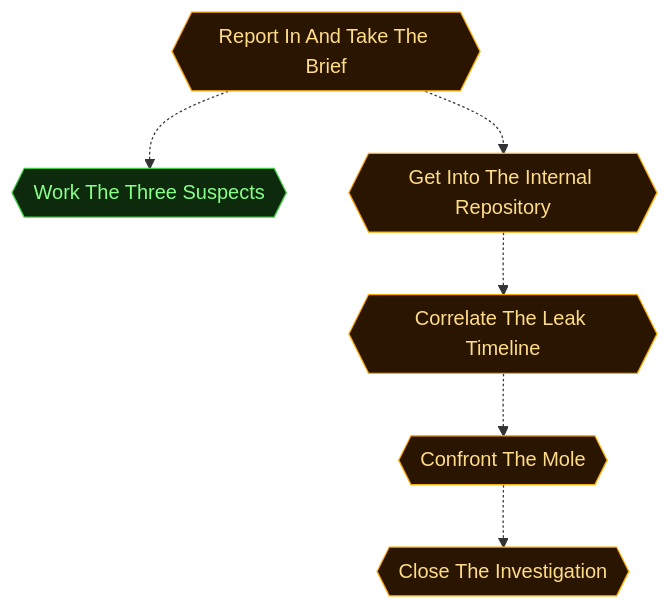
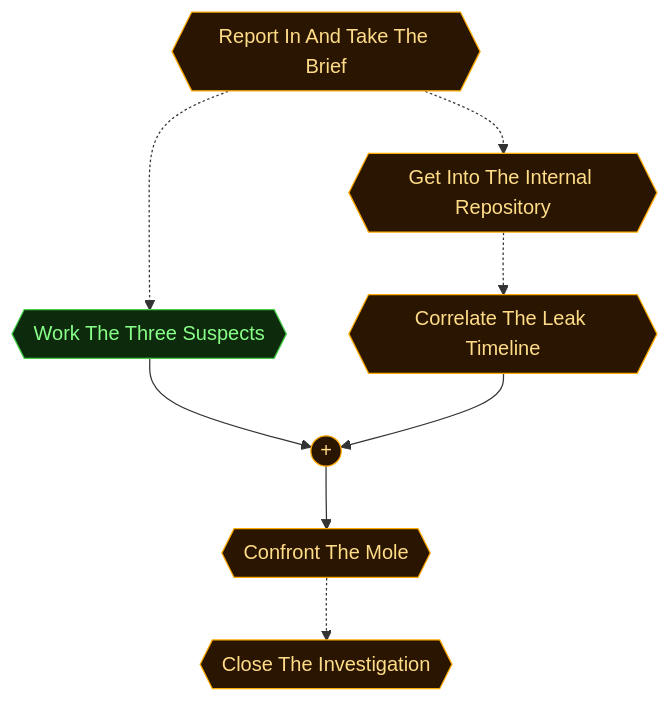
The second of 5 diagrams in scenarios/m08_the_mole/dungeon_graph.md (cliffe/BreakEscape), drawn with Mermaid before and after one commit. The commit also changed other lines of this file and 32 other files, not shown here.

````diff
--- a/scenarios/m08_the_mole/dungeon_graph.md
+++ b/scenarios/m08_the_mole/dungeon_graph.md
@@ -203,34 +203,37 @@
 ```mermaid
 flowchart TD
 
   classDef room      fill:#0f2d2d,stroke:#22ddcc,color:#a0ffee
   classDef lock      fill:#2d0f0f,stroke:#e66060,color:#ffa0a0
   classDef key       fill:#2d0812,stroke:#e66060,color:#ffa0a0
   classDef item      fill:#2d1200,stroke:#e89030,color:#ffcc80
   classDef gate      fill:#111,stroke:#666,color:#eee
   classDef vm        fill:#0c1f40,stroke:#4a90d9,color:#a0c8ff
   classDef flag      fill:#1a0c2d,stroke:#9060d0,color:#cc99ff
   classDef action    fill:#1a1200,stroke:#cc9922,color:#ffee88
   classDef aim       fill:#0d2a0d,stroke:#44cc44,color:#88ff88
   classDef aim_gate  fill:#111111,stroke:#44cc44,color:#44cc44
   classDef container fill:#1a2d1a,stroke:#60b060,color:#a0e0a0
   classDef npc       fill:#2d1f0d,stroke:#d0a050,color:#ffe0a0
   classDef critical  fill:#2a1500,stroke:#ffaa00,color:#ffdd88
   classDef start     fill:#003322,stroke:#00ffaa,color:#00ffaa
 
   aim_take_the_brief{{"Report In And Take The Brief"}}
   aim_work_the_suspects{{"Work The Three Suspects"}}
   aim_get_into_the_repo{{"Get Into The Internal Repository"}}
   aim_correlate_the_evidence{{"Correlate The Leak Timeline"}}
   aim_confront_the_mole{{"Confront The Mole"}}
   aim_close_the_investigation{{"Close The Investigation"}}
+  aim_andgate_confront_the_mole((" + "))
 
   aim_take_the_brief -.-> aim_work_the_suspects
   aim_take_the_brief -.-> aim_get_into_the_repo
   aim_get_into_the_repo -.-> aim_correlate_the_evidence
-  aim_correlate_the_evidence -.-> aim_confront_the_mole
+  aim_work_the_suspects --> aim_andgate_confront_the_mole
+  aim_correlate_the_evidence --> aim_andgate_confront_the_mole
+  aim_andgate_confront_the_mole --> aim_confront_the_mole
   aim_confront_the_mole -.-> aim_close_the_investigation
 
-  class aim_take_the_brief,aim_get_into_the_repo,aim_correlate_the_evidence,aim_confront_the_mole,aim_close_the_investigation critical
+  class aim_take_the_brief,aim_get_into_the_repo,aim_correlate_the_evidence,aim_confront_the_mole,aim_close_the_investigation,aim_andgate_confront_the_mole critical
   class aim_work_the_suspects aim
 ```
````
